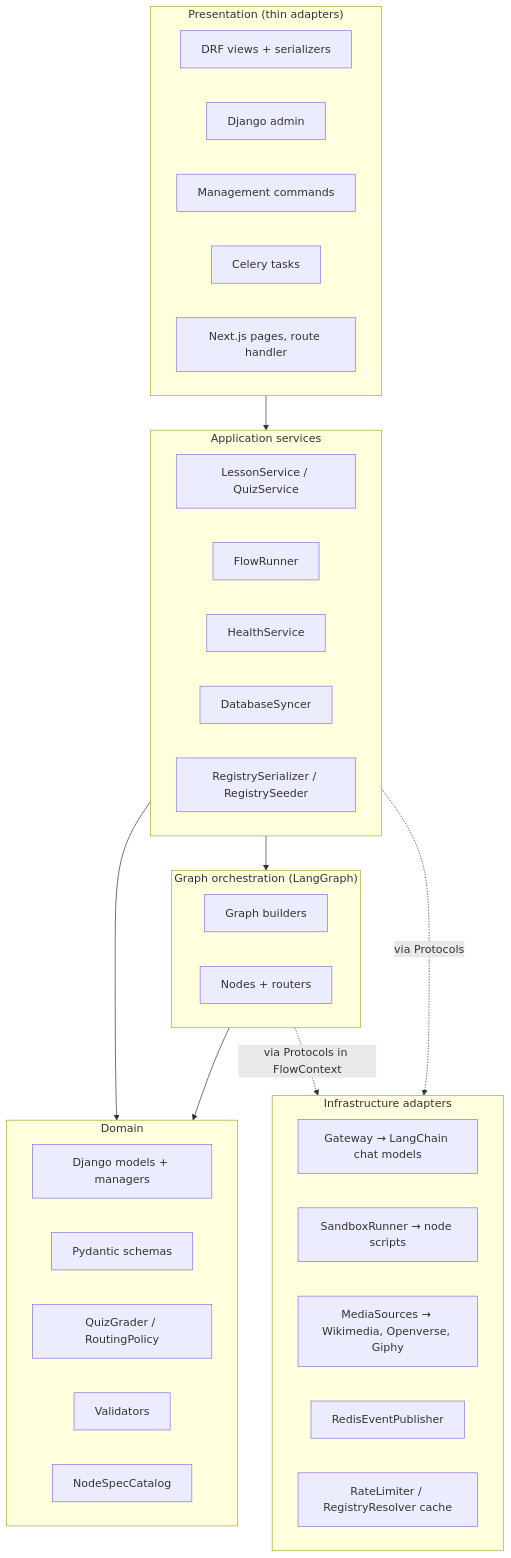
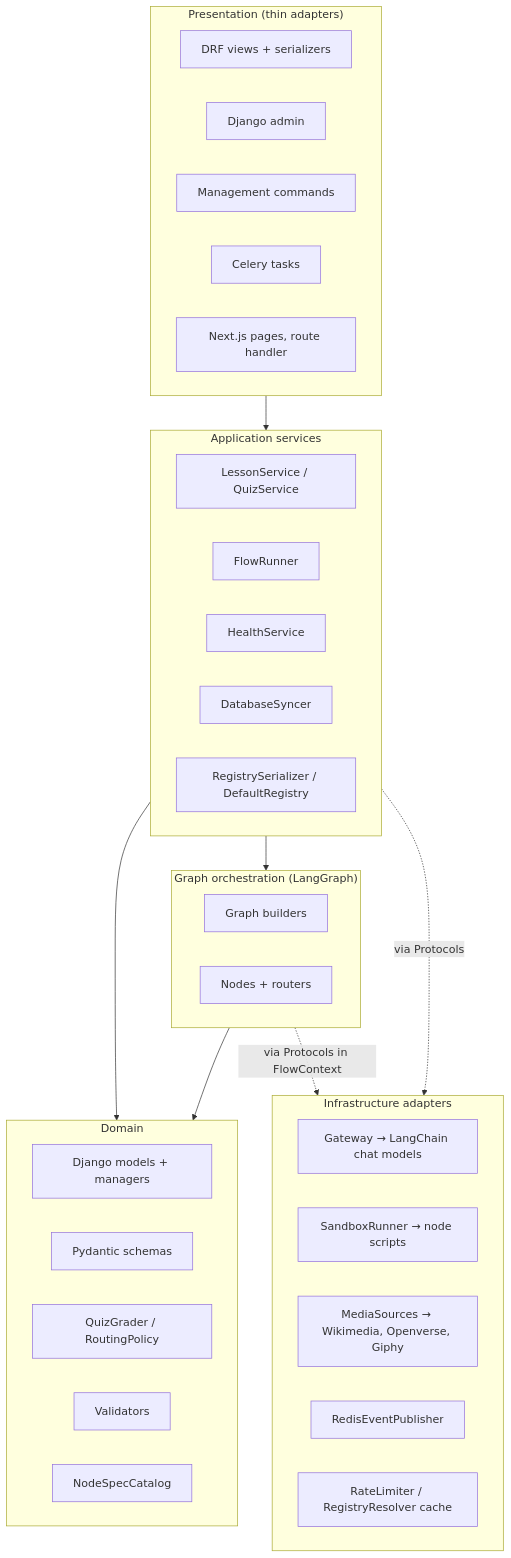
The first of 14 diagrams in docs/design.md (Satyamkumarjha4/Intelilearn), drawn with Mermaid before and after one commit. The commit also changed other lines of this file and 8 other files, not shown here.

First line of the commit message:
refactor(llm_registry): RegistrySerializer and DefaultRegistry classes

````diff
--- a/docs/design.md
+++ b/docs/design.md
@@ -59,41 +59,41 @@
 ```mermaid
 flowchart TB
     subgraph Presentation["Presentation (thin adapters)"]
         V[DRF views + serializers]
         A[Django admin]
         M[Management commands]
         T[Celery tasks]
         N[Next.js pages, route handler]
     end
     subgraph Application["Application services"]
         LS[LessonService / QuizService]
         FR[FlowRunner]
         HS[HealthService]
         DS[DatabaseSyncer]
-        RS[RegistrySerializer / RegistrySeeder]
+        RS[RegistrySerializer / DefaultRegistry]
     end
     subgraph Orchestration["Graph orchestration (LangGraph)"]
         GB[Graph builders]
         ND[Nodes + routers]
     end
     subgraph Domain["Domain"]
         DM[Django models + managers]
         SC[Pydantic schemas]
         QG[QuizGrader / RoutingPolicy]
         VA[Validators]
         NS[NodeSpecCatalog]
     end
     subgraph Infrastructure["Infrastructure adapters"]
         GW[Gateway → LangChain chat models]
         SB[SandboxRunner → node scripts]
         MS[MediaSources → Wikimedia, Openverse, Giphy]
         EP[RedisEventPublisher]
         RL[RateLimiter / RegistryResolver cache]
     end
     Presentation --> Application
     Application --> Orchestration
     Application --> Domain
     Orchestration --> Domain
     Orchestration -. "via Protocols in FlowContext" .-> Infrastructure
     Application -. "via Protocols" .-> Infrastructure
 ```
````
